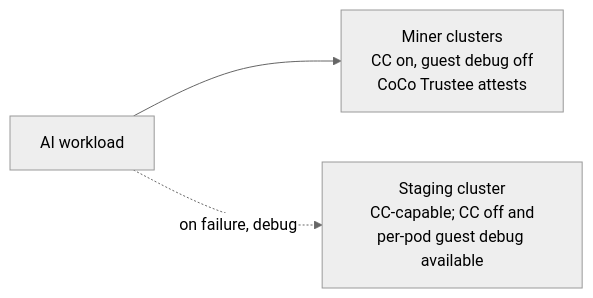
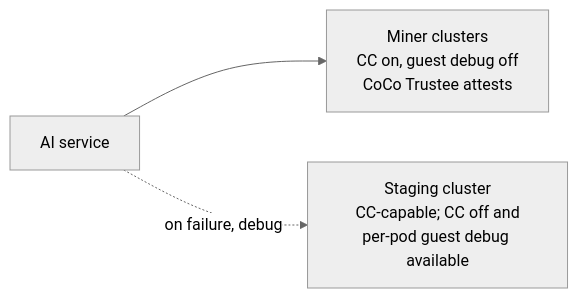
The first of 3 diagrams in README.md (KubeTEE-AI/kubetee-subnet), drawn with Mermaid (neutral theme) before and after one commit. The commit also changed other lines of this file and 7 other files, not shown here.

````diff
--- a/README.md
+++ b/README.md
@@ -193,5 +193,5 @@
 ```mermaid
 flowchart LR
-    Jobs["AI workload"] --> Miners["Miner clusters<br/>CC on, guest debug off<br/>CoCo Trustee attests"]
+    Jobs["AI service"] --> Miners["Miner clusters<br/>CC on, guest debug off<br/>CoCo Trustee attests"]
     Jobs -.->|"on failure, debug"| Staging["Staging cluster<br/>CC-capable; CC off and<br/>per-pod guest debug available"]
 ```
````
